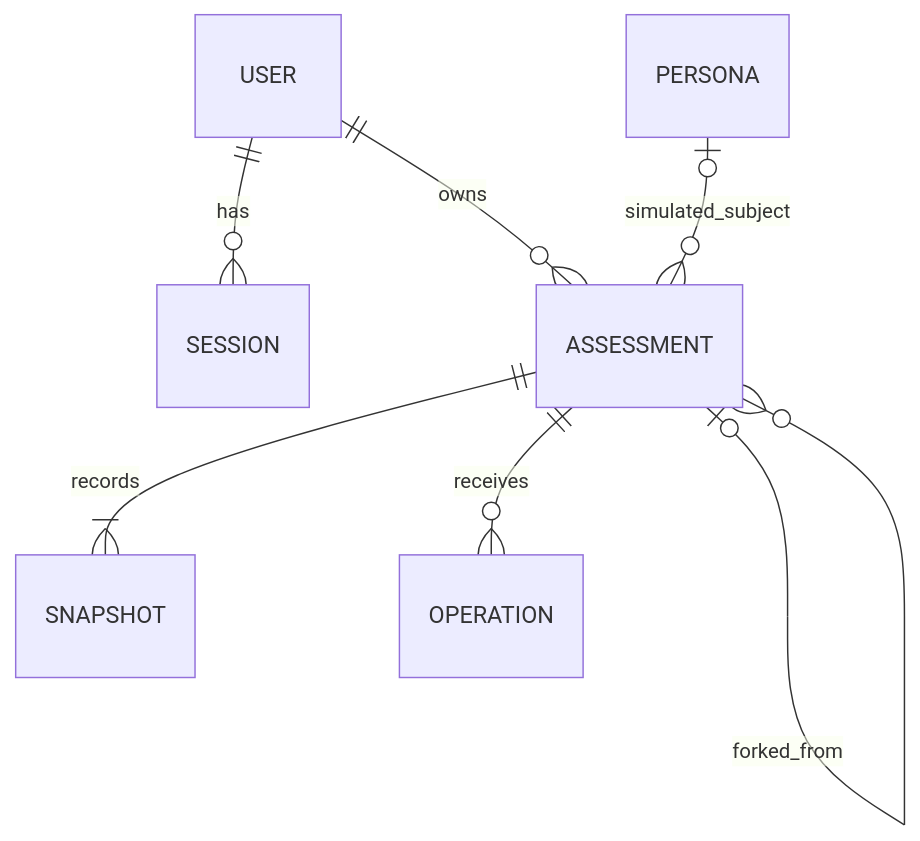
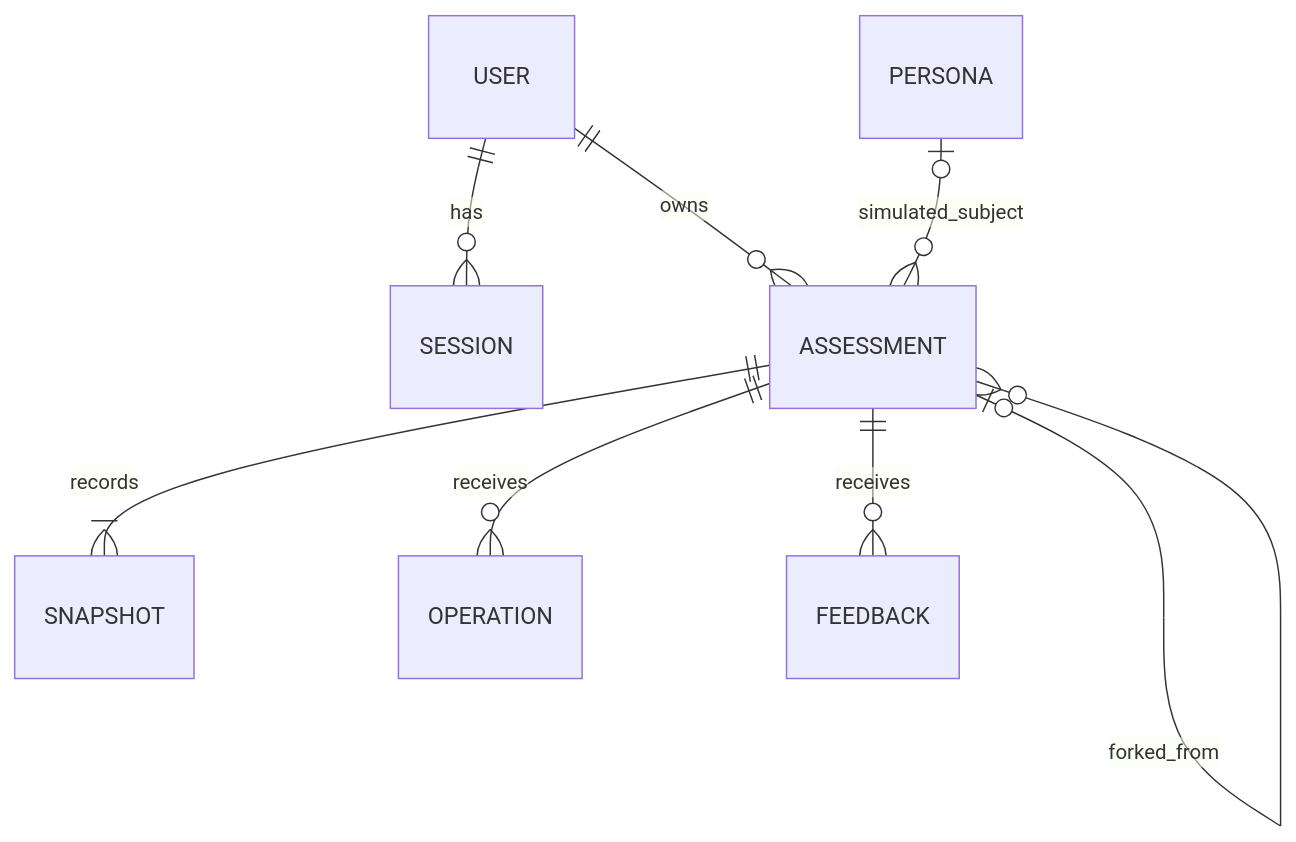
One commit to transitive-bullshit/doom-or-bloom changed the diagram in docs/PERSISTENCE.md. Above: the diagram before and after it, drawn with Mermaid. The commit also changed other lines of this file and 44 other files, not shown here.

````diff
--- a/docs/PERSISTENCE.md
+++ b/docs/PERSISTENCE.md
@@ -57,9 +58,10 @@
 ```mermaid
 erDiagram
     USER ||--o{ SESSION : has
     USER ||--o{ ASSESSMENT : owns
     ASSESSMENT ||--|{ SNAPSHOT : records
     ASSESSMENT ||--o{ OPERATION : receives
+    ASSESSMENT ||--o{ FEEDBACK : receives
     ASSESSMENT o|--o{ ASSESSMENT : forked_from
     PERSONA o|--o{ ASSESSMENT : simulated_subject
 ```
````
